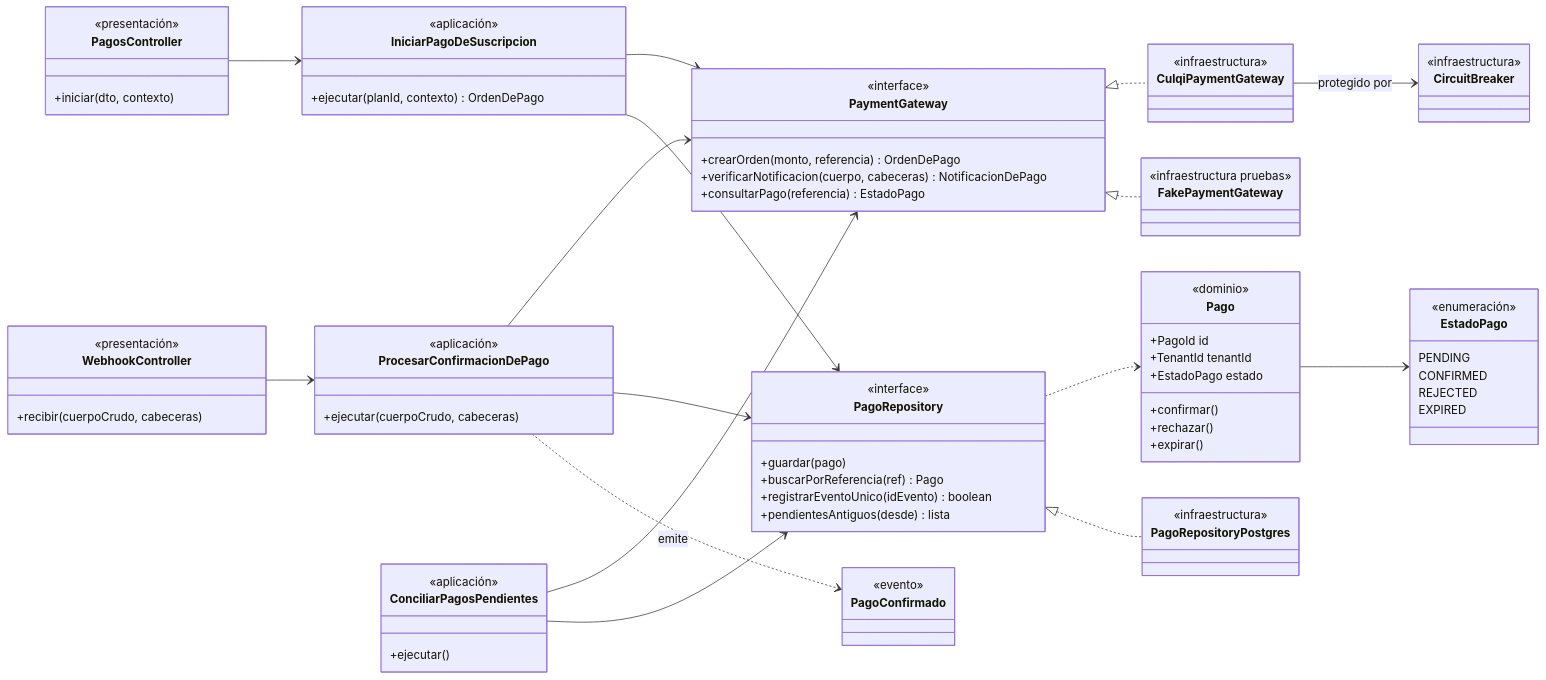
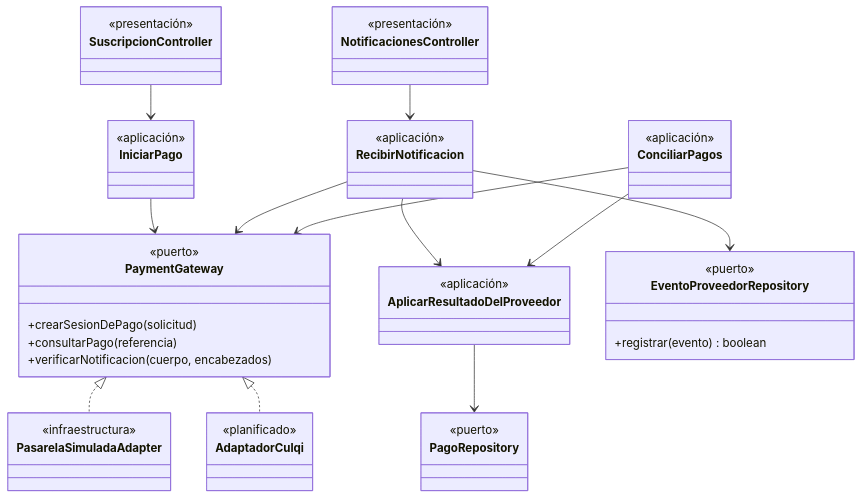
Before and after one commit to semcham/proyecto-final-barberia-ayacucho: the second of 2 diagrams in docs/04-modelo-c4/Nivel4-DiagramadeCodigo.md, drawn with Mermaid. The commit also changed other lines of this file and 67 other files, not shown here.

Commit message:
docs: documentación y diagramas coherentes con 001, 002, 003 .... 006

````diff
--- a/docs/04-modelo-c4/Nivel4-DiagramadeCodigo.md
+++ b/docs/04-modelo-c4/Nivel4-DiagramadeCodigo.md
@@ -122,85 +89,57 @@
 ```mermaid
 classDiagram
-    direction LR
-
-    class PagosController {
+    direction TB
+    class SuscripcionController {
         <<presentación>>
-        +iniciar(dto, contexto)
     }
-    class WebhookController {
+    class NotificacionesController {
         <<presentación>>
-        +recibir(cuerpoCrudo, cabeceras)
     }
-    class IniciarPagoDeSuscripcion {
+    class IniciarPago {
         <<aplicación>>
-        +ejecutar(planId, contexto) OrdenDePago
     }
-    class ProcesarConfirmacionDePago {
+    class RecibirNotificacion {
         <<aplicación>>
-        +ejecutar(cuerpoCrudo, cabeceras)
     }
-    class ConciliarPagosPendientes {
+    class ConciliarPagos {
         <<aplicación>>
-        +ejecutar()
+    }
+    class AplicarResultadoDelProveedor {
+        <<aplicación>>
     }
     class PaymentGateway {
-        <<interface>>
-        +crearOrden(monto, referencia) OrdenDePago
-        +verificarNotificacion(cuerpo, cabeceras) NotificacionDePago
-        +consultarPago(referencia) EstadoPago
+        <<puerto>>
+        +crearSesionDePago(solicitud)
+        +consultarPago(referencia)
+        +verificarNotificacion(cuerpo, encabezados)
     }
     class PagoRepository {
-        <<interface>>
-        +guardar(pago)
-        +buscarPorReferencia(ref) Pago
-        +registrarEventoUnico(idEvento) boolean
-        +pendientesAntiguos(desde) lista
+        <<puerto>>
     }
-    class Pago {
-        <<dominio>>
-        +PagoId id
-        +TenantId tenantId
-        +EstadoPago estado
-        +confirmar()
-        +rechazar()
-        +expirar()
+    class EventoProveedorRepository {
+        <<puerto>>
+        +registrar(evento) boolean
     }
-    class EstadoPago {
-        <<enumeración>>
-        PENDING
-        CONFIRMED
-        REJECTED
-        EXPIRED
-    }
-    class CulqiPaymentGateway {
+    class PasarelaSimuladaAdapter {
         <<infraestructura>>
     }
-    class FakePaymentGateway {
-        <<infraestructura pruebas>>
+    class AdaptadorCulqi {
+        <<planificado>>
     }
-    class PagoRepositoryPostgres {
-        <<infraestructura>>
-    }
-    class CircuitBreaker {
-        <<infraestructura>>
-    }
-    class PagoConfirmado {
-        <<evento>>
-    }
+    SuscripcionController --> IniciarPago
+    NotificacionesController --> RecibirNotificacion
+    IniciarPago --> PaymentGateway
+    RecibirNotificacion --> PaymentGateway
+    ConciliarPagos --> PaymentGateway
+    RecibirNotificacion --> AplicarResultadoDelProveedor
+    ConciliarPagos --> AplicarResultadoDelProveedor
+    RecibirNotificacion --> EventoProveedorRepository
+    AplicarResultadoDelProveedor --> PagoRepository
+    PaymentGateway <|.. PasarelaSimuladaAdapter
+    PaymentGateway <|.. AdaptadorCulqi
 
-    PagosController --> IniciarPagoDeSuscripcion
-    WebhookController --> ProcesarConfirmacionDePago
-    IniciarPagoDeSuscripcion --> PaymentGateway
-    IniciarPagoDeSuscripcion --> PagoRepository
-    ProcesarConfirmacionDePago --> PaymentGateway
-    ProcesarConfirmacionDePago --> PagoRepository
-    ProcesarConfirmacionDePago ..> PagoConfirmado : emite
-    ConciliarPagosPendientes --> PaymentGateway
-    ConciliarPagosPendientes --> PagoRepository
-    Pago --> EstadoPago
-    PagoRepository ..> Pago
-    PaymentGateway <|.. CulqiPaymentGateway
-    PaymentGateway <|.. FakePaymentGateway
-    PagoRepository <|.. PagoRepositoryPostgres
-    CulqiPaymentGateway --> CircuitBreaker : protegido por
+    classDef implementado fill:#e8eef7,stroke:#3b5b8c,color:#1f2d4a
+    classDef planificado fill:#f5f5f5,stroke:#9e9e9e,stroke-dasharray:5 5,color:#424242
+    cssClass "SuscripcionController,NotificacionesController,IniciarPago,RecibirNotificacion,ConciliarPagos,AplicarResultadoDelProveedor,PaymentGateway,PagoRepository,EventoProveedorRepository,PasarelaSimuladaAdapter" implementado
+    cssClass "AdaptadorCulqi" planificado
 ```
````
